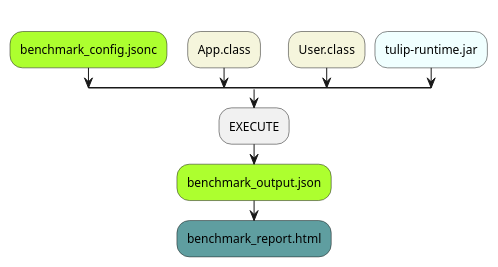
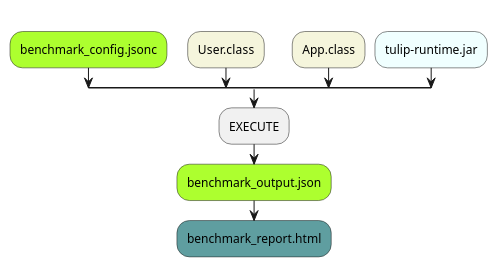
Before and after one commit to wfouche/Tulip-docs: the diagram in modules/ROOT/pages/index.adoc, drawn with PlantUML. The commit also changed other lines of this file, not shown here.

```diff
--- a/modules/ROOT/pages/index.adoc
+++ b/modules/ROOT/pages/index.adoc
@@ -14,21 +16,21 @@
 [plantuml,diag00,svg]
 ----
 @startuml
 split
    -[hidden]->
    #greenyellow:benchmark_config.jsonc;
 split again
    -[hidden]->
-   #beige:App.class;
+   #beige:User.class;
 split again
    -[hidden]->
-   #beige:User.class;
+   #beige:App.class;
 split again
    -[hidden]->
    #azure:tulip-runtime.jar;
 end split
 :EXECUTE;
 #greenyellow:benchmark_output.json;
 #cadetblue:benchmark_report.html;
 @enduml
 ----
```
